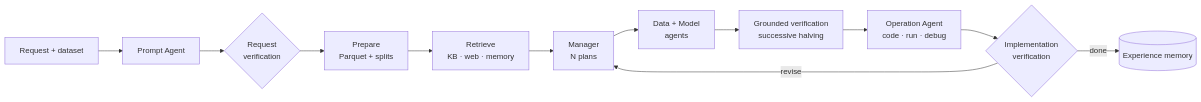
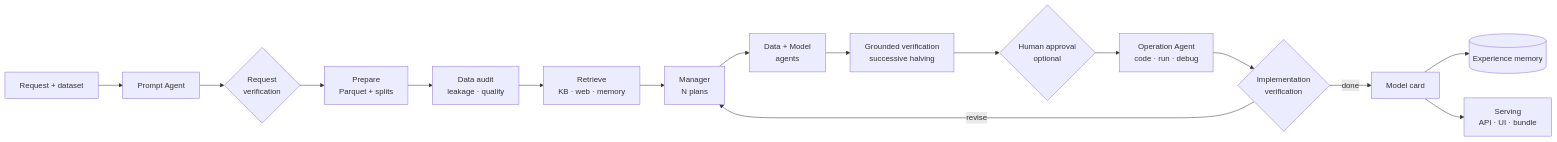
The diagram in README.md (VioniX37/VX04), drawn with Mermaid before and after one commit. The commit also changed other lines of this file and 5 other files, not shown here.

````diff
--- a/README.md
+++ b/README.md
@@ -65,9 +69,10 @@
 ```mermaid
 flowchart LR
     U[Request + dataset] --> P[Prompt Agent] --> V{Request<br/>verification} --> PR[Prepare<br/>Parquet + splits]
-    PR --> R[Retrieve<br/>KB · web · memory] --> PL[Manager<br/>N plans] --> A[Data + Model<br/>agents]
-    A --> G[Grounded verification<br/>successive halving] --> O[Operation Agent<br/>code · run · debug]
+    PR --> DA[Data audit<br/>leakage · quality] --> R[Retrieve<br/>KB · web · memory] --> PL[Manager<br/>N plans] --> A[Data + Model<br/>agents]
+    A --> G[Grounded verification<br/>successive halving] --> H{Human approval<br/>optional} --> O[Operation Agent<br/>code · run · debug]
     O --> V3{Implementation<br/>verification}
     V3 -- revise --> PL
-    V3 -- done --> M[(Experience memory)]
+    V3 -- done --> MC[Model card] --> M[(Experience memory)]
+    MC --> S[Serving<br/>API · UI · bundle]
 ```
````
